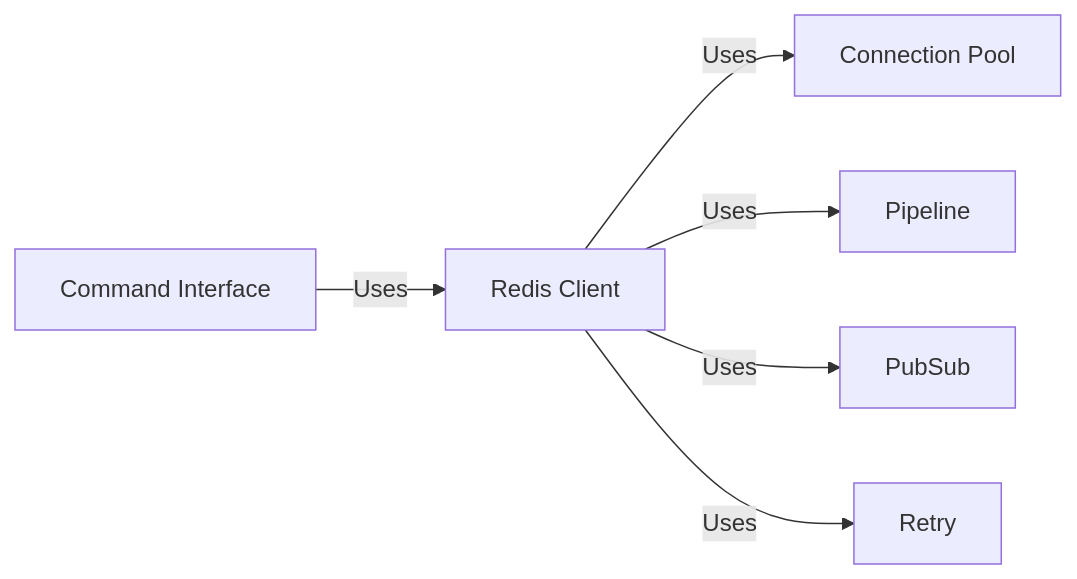
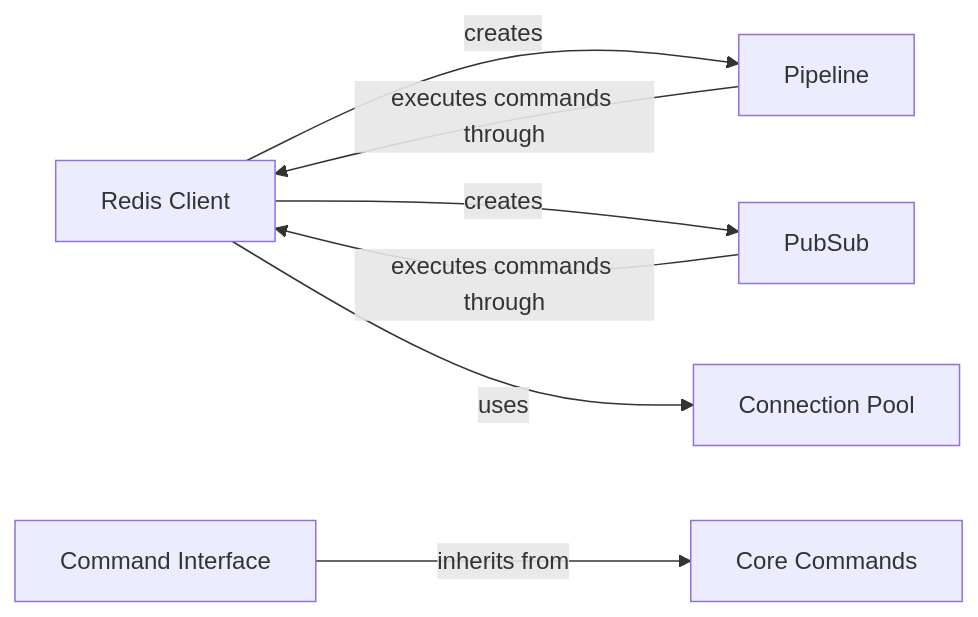
One commit to CodeBoarding/GeneratedOnBoardings changed the diagram in redis-py/Command Interface.md. Above: the diagram before and after it, drawn with Mermaid. The commit also changed other lines of this file and 12 other files, not shown here.

````diff
--- a/redis-py/Command Interface.md
+++ b/redis-py/Command Interface.md
@@ -1,14 +1,15 @@
 ```mermaid
 graph LR
     Redis_Client["Redis Client"]
-    Connection_Pool["Connection Pool"]
     Command_Interface["Command Interface"]
+    Core_Commands["Core Commands"]
     Pipeline["Pipeline"]
     PubSub["PubSub"]
-    Retry["Retry"]
-    Redis_Client -- "Uses" --> Connection_Pool
-    Command_Interface -- "Uses" --> Redis_Client
-    Redis_Client -- "Uses" --> Pipeline
-    Redis_Client -- "Uses" --> PubSub
-    Redis_Client -- "Uses" --> Retry
+    Connection_Pool["Connection Pool"]
+    Redis_Client -- "creates" --> Pipeline
+    Redis_Client -- "creates" --> PubSub
+    Redis_Client -- "uses" --> Connection_Pool
+    Pipeline -- "executes commands through" --> Redis_Client
+    PubSub -- "executes commands through" --> Redis_Client
+    Command_Interface -- "inherits from" --> Core_Commands
 ```
````
